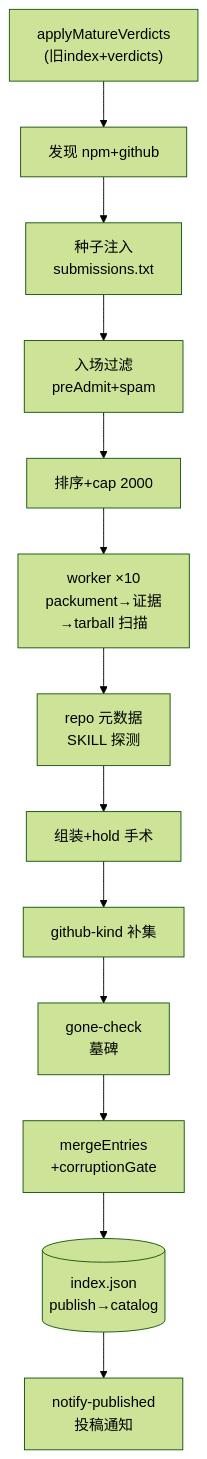
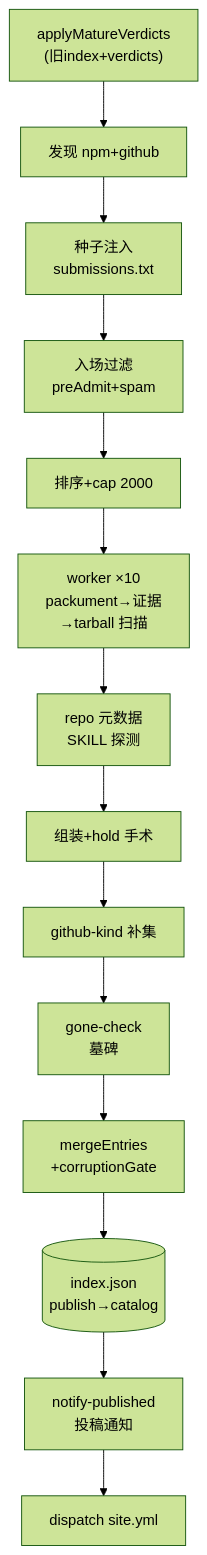
One commit to awesome-market/awesome-opencode-market changed the second of 11 diagrams in docs/DATA-FLOWS.md. Above: the diagram before and after it, drawn with Mermaid (forest theme). The commit also changed other lines of this file and 8 other files, not shown here.

````diff
--- a/docs/DATA-FLOWS.md
+++ b/docs/DATA-FLOWS.md
@@ -139,15 +145,16 @@
 ```mermaid
 flowchart TB
   A["applyMatureVerdicts<br/>(旧index+verdicts)"] --> B["发现 npm+github"]
   B --> C["种子注入<br/>submissions.txt"]
   C --> D["入场过滤<br/>preAdmit+spam"]
   D --> E["排序+cap 2000"]
   E --> F["worker ×10<br/>packument→证据<br/>→tarball 扫描"]
   F --> G["repo 元数据<br/>SKILL 探测"]
   G --> H["组装+hold 手术"]
   H --> I["github-kind 补集"]
   I --> J["gone-check<br/>墓碑"]
   J --> K["mergeEntries<br/>+corruptionGate"]
   K --> L[("index.json<br/>publish→catalog")]
   L --> M["notify-published<br/>投稿通知"]
+  M --> N["dispatch site.yml"]
 ```
````
